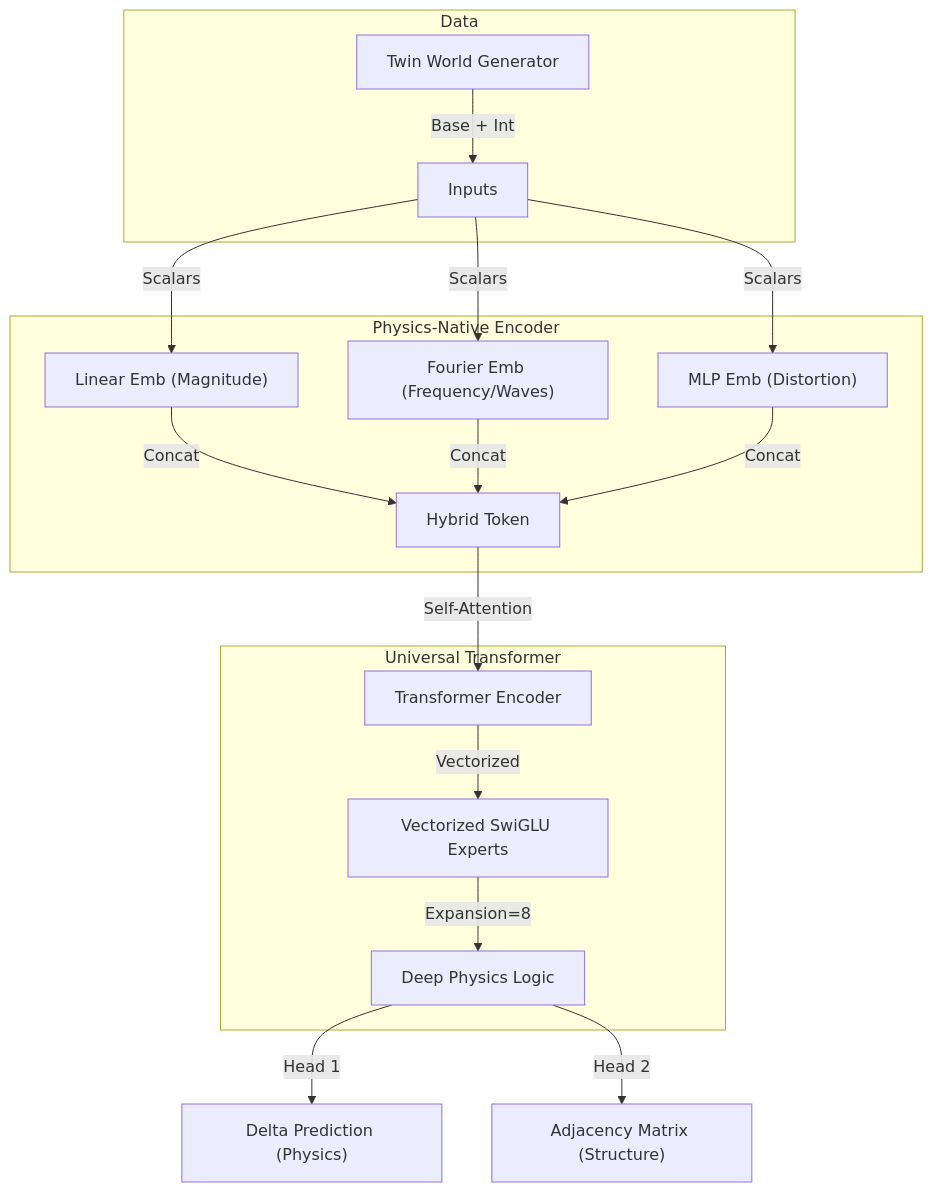
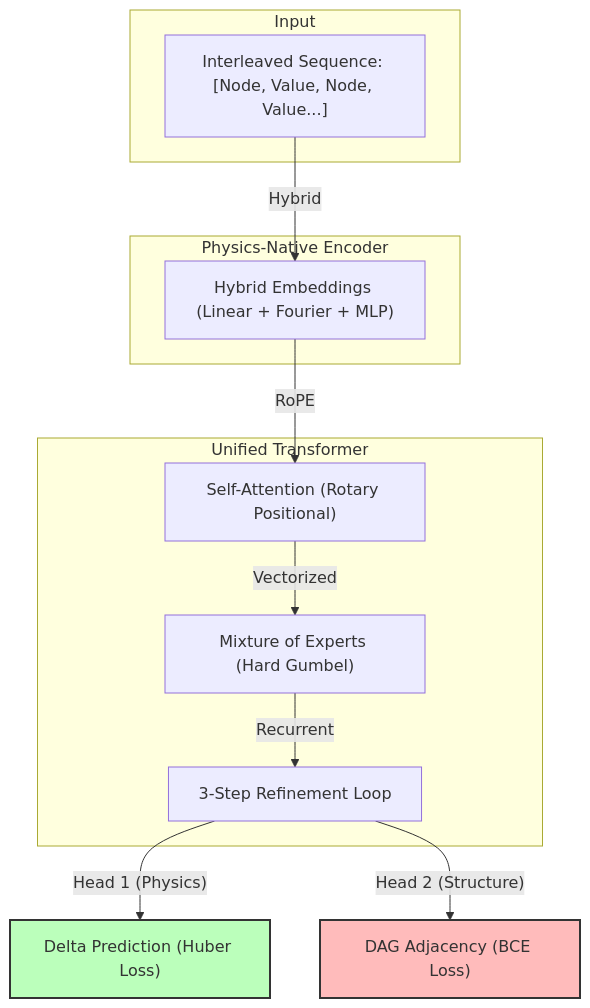
One commit to MeiisamMahmoodii/MultiModelDeltaPredictor changed the diagram in README.md. Above: the diagram before and after it, drawn with Mermaid. The commit also changed other lines of this file, not shown here.

Commit message:
Update README with Phase 5 Unified Architecture and Metrics

````diff
--- a/README.md
+++ b/README.md
@@ -30,23 +32,22 @@
 ```mermaid
 graph TD
-    subgraph Data
-    TW["Twin World Generator"] -->|Base + Int| Inputs
+    subgraph Input
+    Seq["Interleaved Sequence: [Node, Value, Node, Value...]"]
     end
     
     subgraph "Physics-Native Encoder"
-    Inputs -->|Scalars| Linear["Linear Emb (Magnitude)"]
-    Inputs -->|Scalars| Fourier["Fourier Emb (Frequency/Waves)"]
-    Inputs -->|Scalars| MLP["MLP Emb (Distortion)"]
-    Linear & Fourier & MLP -->|Concat| Hybrid["Hybrid Token"]
+    Seq -->|Hybrid| Emb["Hybrid Embeddings (Linear + Fourier + MLP)"]
     end
     
-    subgraph "Universal Transformer"
-    Hybrid -->|"Self-Attention"| Backbone["Transformer Encoder"]
-    Backbone -->|Vectorized| Speed["Vectorized SwiGLU Experts"]
-    Speed -->|"Expansion=8"| Deep["Deep Physics Logic"]
+    subgraph "Unified Transformer"
+    Emb -->|RoPE| Attn["Self-Attention (Rotary Positional)"]
+    Attn -->|Vectorized| MoE["Mixture of Experts (Hard Gumbel)"]
+    MoE -->|Recurrent| Refine["3-Step Refinement Loop"]
     end
     
-    Deep -->|"Head 1"| Delta["Delta Prediction (Physics)"]
-    Deep -->|"Head 2"| Graph["Adjacency Matrix (Structure)"]
+    Refine -->|"Head 1 (Physics)"| Delta["Delta Prediction (Huber Loss)"]
+    Refine -->|"Head 2 (Structure)"| Graph["DAG Adjacency (BCE Loss)"]
 
+    style Delta fill:#bfb,stroke:#333,stroke-width:2px
+    style Graph fill:#fbb,stroke:#333,stroke-width:2px
 ```
````
